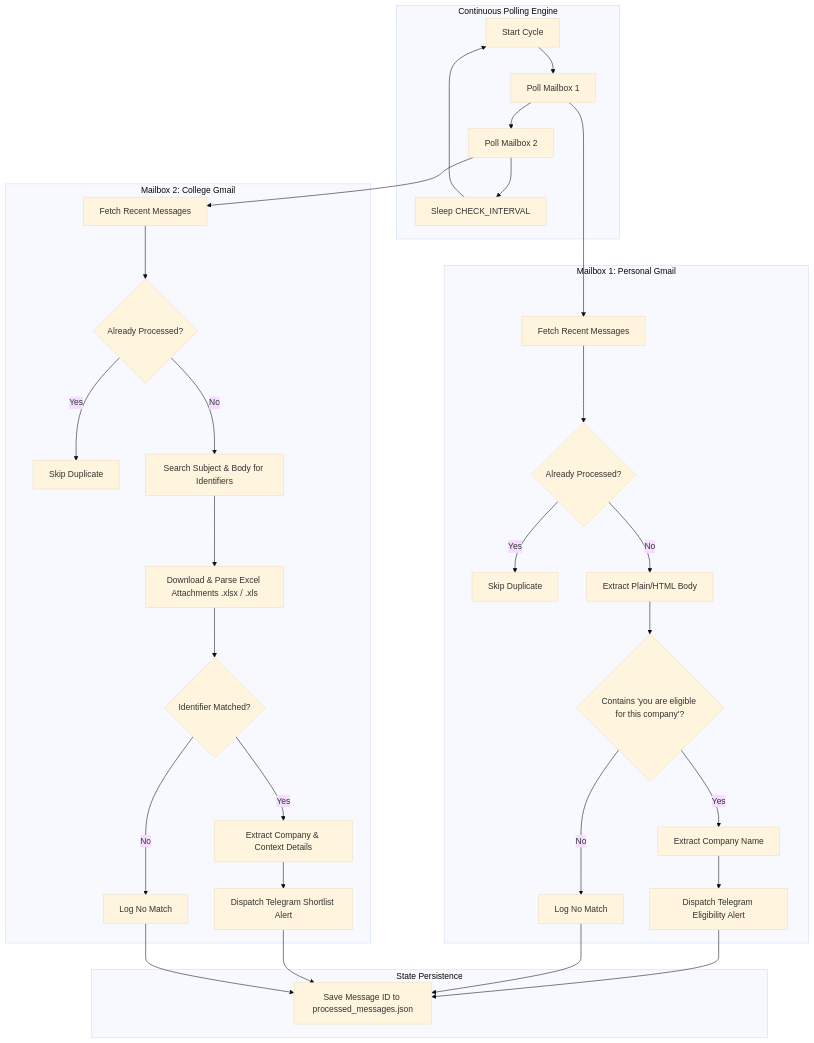
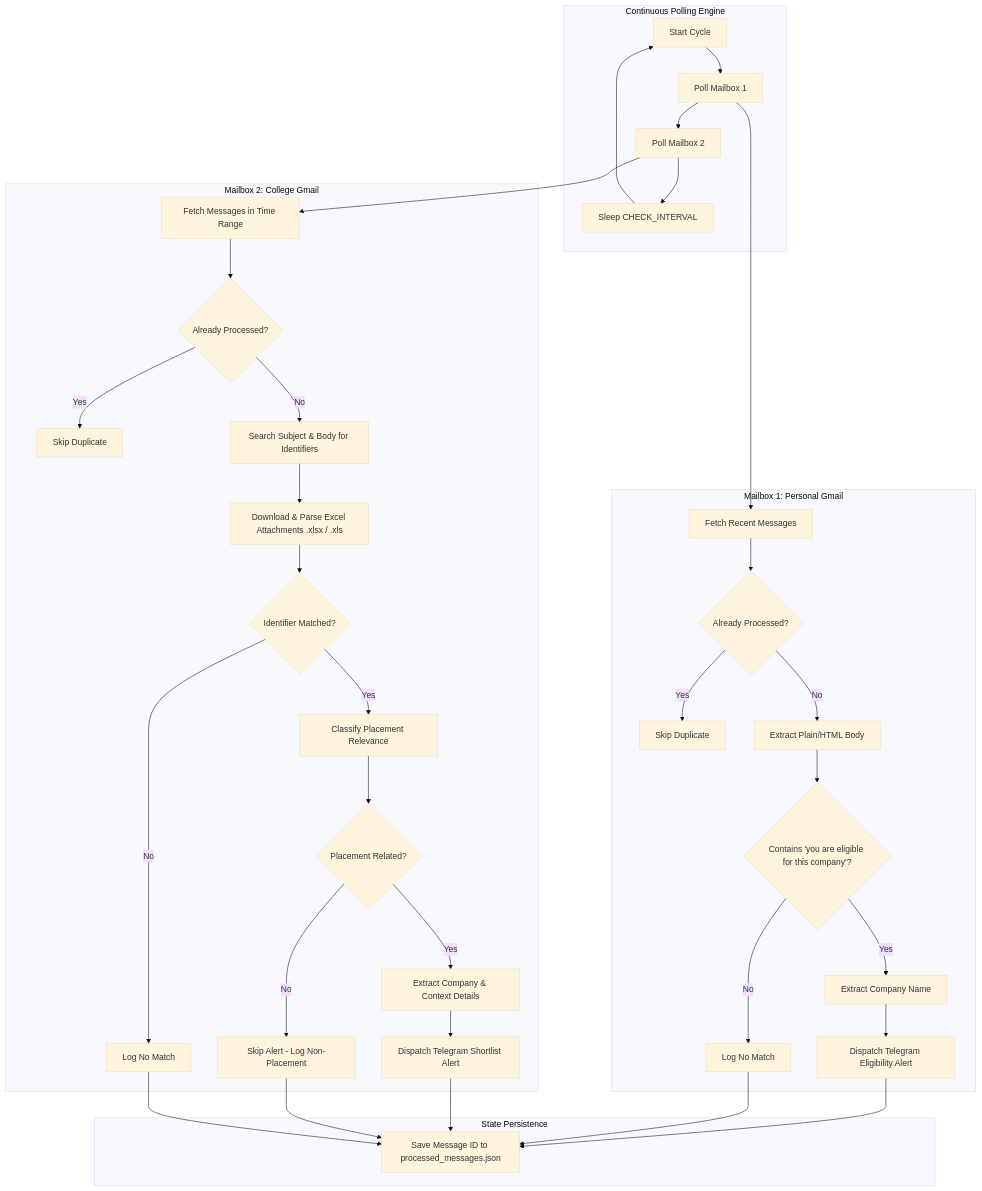
One commit to psprashanth25/Mail-Manager changed the diagram in docs/project-overview.md. Above: the diagram before and after it, drawn with Mermaid (base theme). The commit also changed other lines of this file and 8 other files, not shown here.

Commit message:
Improve placement alert classification

````diff
--- a/docs/project-overview.md
+++ b/docs/project-overview.md
@@ -15,39 +15,43 @@
 ```mermaid
 flowchart TD
     subgraph Sched [Continuous Polling Engine]
         A[Start Cycle] --> B[Poll Mailbox 1]
         B --> C[Poll Mailbox 2]
         C --> D[Sleep CHECK_INTERVAL]
         D --> A
     end
 
     subgraph MB1 [Mailbox 1: Personal Gmail]
         B --> B1[Fetch Recent Messages]
         B1 --> B2{Already Processed?}
         B2 -- Yes --> B3[Skip Duplicate]
         B2 -- No --> B4[Extract Plain/HTML Body]
         B4 --> B5{Contains 'you are eligible for this company'?}
         B5 -- Yes --> B6[Extract Company Name]
         B6 --> B7[Dispatch Telegram Eligibility Alert]
         B5 -- No --> B8[Log No Match]
     end
 
     subgraph MB2 [Mailbox 2: College Gmail]
-        C --> C1[Fetch Recent Messages]
+        C --> C1[Fetch Messages in Time Range]
         C1 --> C2{Already Processed?}
         C2 -- Yes --> C3[Skip Duplicate]
         C2 -- No --> C4[Search Subject & Body for Identifiers]
         C4 --> C5[Download & Parse Excel Attachments .xlsx / .xls]
         C5 --> C6{Identifier Matched?}
-        C6 -- Yes --> C7[Extract Company & Context Details]
-        C7 --> C8[Dispatch Telegram Shortlist Alert]
-        C6 -- No --> C9[Log No Match]
+        C6 -- Yes --> C7[Classify Placement Relevance]
+        C7 --> C7a{Placement Related?}
+        C7a -- Yes --> C8[Extract Company & Context Details]
+        C8 --> C9[Dispatch Telegram Shortlist Alert]
+        C7a -- No --> C10[Skip Alert - Log Non-Placement]
+        C6 -- No --> C11[Log No Match]
     end
 
     subgraph State [State Persistence]
         B7 --> SP[Save Message ID to processed_messages.json]
         B8 --> SP
-        C8 --> SP
         C9 --> SP
+        C10 --> SP
+        C11 --> SP
     end
 ```
````
